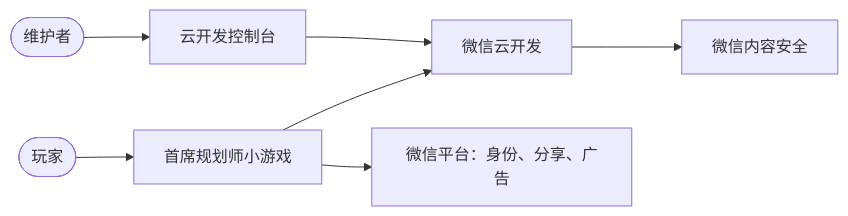
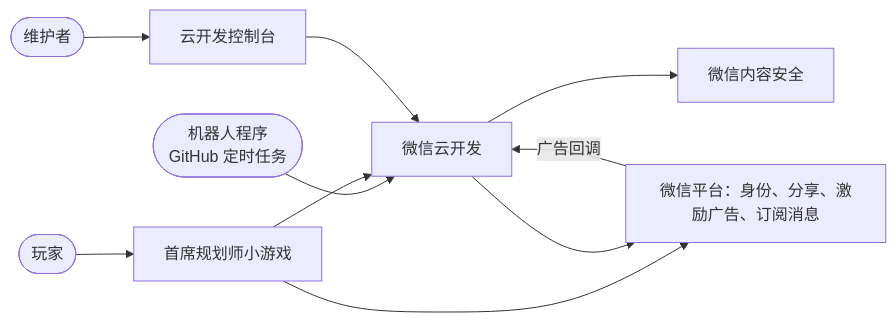
The first of 9 diagrams in docs/architecture/overview.md (juanchaopan/city-link), drawn with Mermaid before and after one commit. The commit also changed other lines of this file and 6 other files, not shown here.

Commit message:
docs(architecture): 架构概览和 ADR 按设计稿同步 (#21)

````diff
--- a/docs/architecture/overview.md
+++ b/docs/architecture/overview.md
@@ -29,9 +33,12 @@
 ```mermaid
 flowchart LR
   player([玩家]) --> client[首席规划师小游戏]
   maintainer([维护者]) --> ops[云开发控制台]
+  bots([机器人程序<br/>GitHub 定时任务]) --> cloud
   client --> cloud[微信云开发]
   ops --> cloud
-  client --> wechat[微信平台：身份、分享、广告]
+  client --> wechat[微信平台：身份、分享、激励广告、订阅消息]
+  wechat -->|广告回调| cloud
   cloud --> security[微信内容安全]
+  cloud --> wechat
 ```
````
